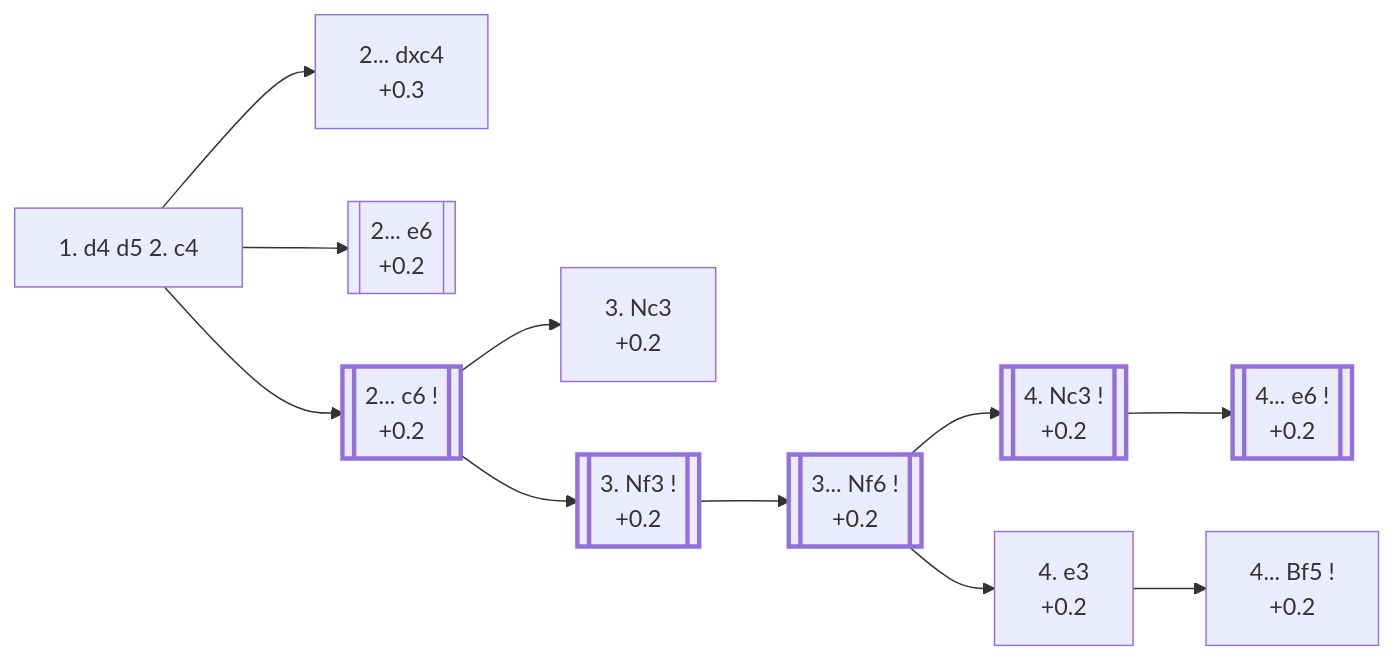
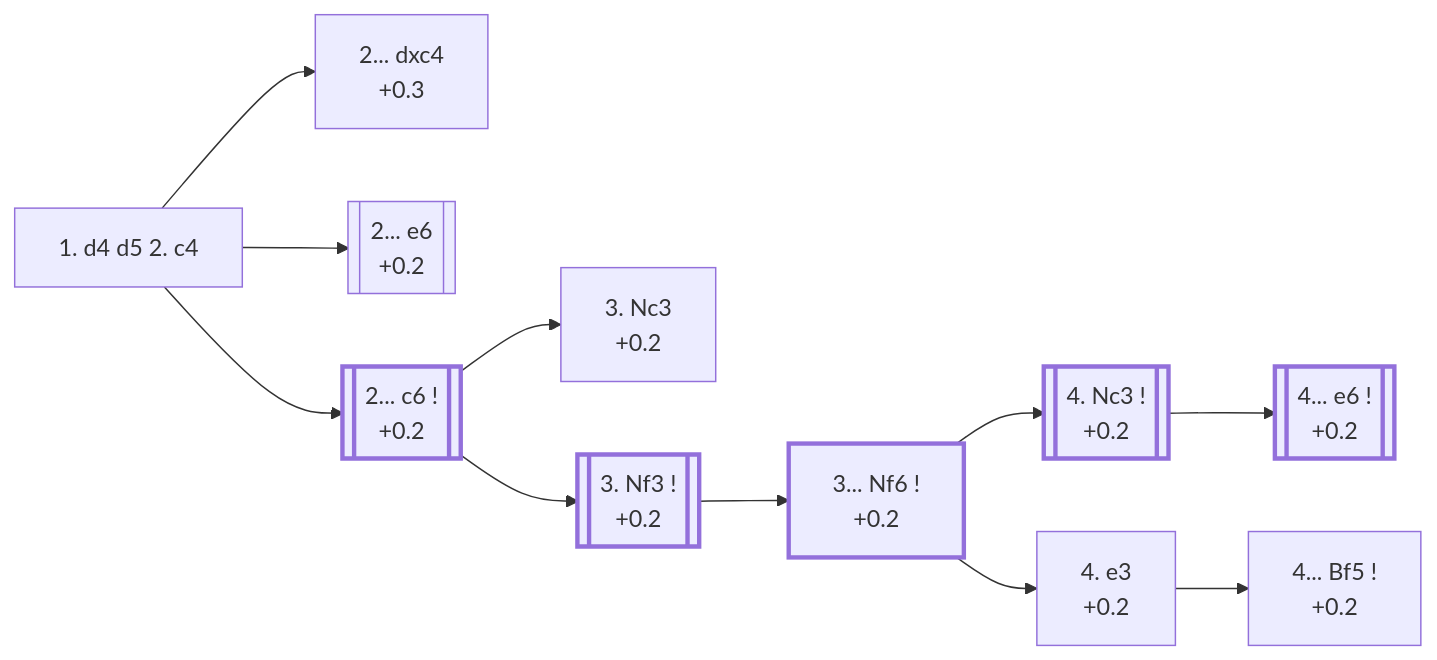
Before and after one commit to onclemarcel/chess_flashcards: the diagram in d4_openings/D06_Queens_Gambit.md, drawn with Mermaid. The commit also changed other lines of this file and 18 other files, not shown here.

````diff
--- a/d4_openings/D06_Queens_Gambit.md
+++ b/d4_openings/D06_Queens_Gambit.md
@@ -12,32 +12,32 @@
 ```mermaid
 flowchart LR
     classDef main stroke-width:3px;
 
     c4["1. d4 d5 2. c4"]
     click c4 "#_c4_" "D06 · Queen's Gambit"
 
     c4 --> dxc4a["2... dxc4<br/>+0.3"]
     click dxc4a "#_dxc4_" "D20 · Queen's Gambit Accepted"
     c4 --> e6a[["2... e6<br/>+0.2"]]
     click e6a "#_e6_" "D30 · Queen's Gambit Declined"
     c4 --> c6a[["2... c6 !<br/>+0.2"]]:::main
     click c6a "#_c6_" "D10 · Slav Defense"
 
     c6a --> Nc3b["3. Nc3<br/>+0.2"]
     click Nc3b "#_c6_Nc3_" "D10 · Slav Defense"
     c6a --> Nf3b[["3. Nf3 !<br/>+0.2"]]:::main
     click Nf3b "#_c6_Nf3_" "D11 · Slav Defense: Modern Line"
 
-    Nf3b --> Nf6c[["3... Nf6 !<br/>+0.2"]]:::main
+    Nf3b --> Nf6c["3... Nf6 !<br/>+0.2"]:::main
     click Nf6c "#_c6_Nf3_Nf6_" "D11 · Slav Defense: Modern Line"
 
     Nf6c --> Nc3c[["4. Nc3 !<br/>+0.2"]]:::main
     click Nc3c "#_c6_Nf3_Nc3_" "D15 · Slav Defense: Three Knights Variation"
     Nf6c --> e3c["4. e3<br/>+0.2"]
     click e3c "#_c6_Nf3_e3_" "D11 · Slav Defense: Quiet Variation"
 
     Nc3c --> e6c[["4... e6 !<br/>+0.2"]]:::main
     click e6c "#_c6_Nf3_Nc3_" "D15 · Slav Defense: Three Knights Variation"
     e3c --> Bf5c["4... Bf5 !<br/>+0.2"]
     click Bf5c "#_c6_Nf3_e3_" "D11 · Slav Defense: Quiet Variation"
 ```
````
